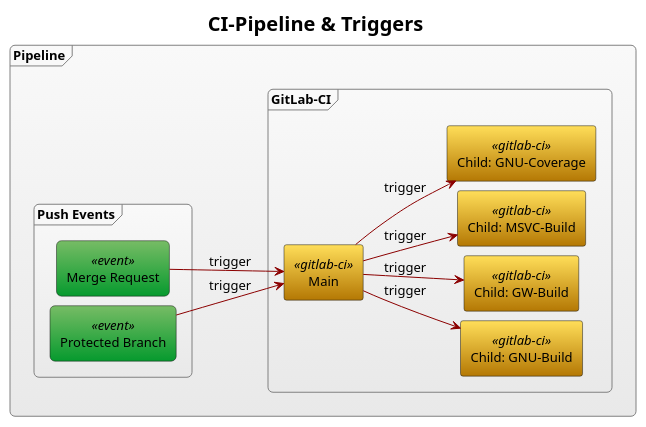
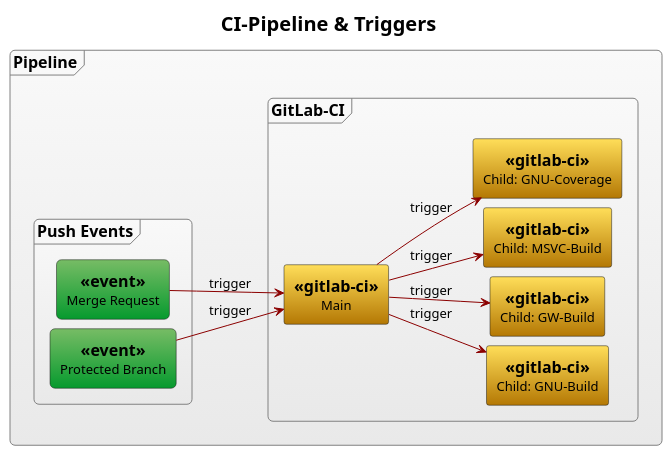
The diagram in doc/ci-pipeline.puml (Scanframe/sf-gitlab-devops), drawn with PlantUML before and after one commit. The commit also changed 24 other files, not shown here.

```diff
--- a/doc/ci-pipeline.puml
+++ b/doc/ci-pipeline.puml
@@ -1,70 +1,74 @@
 @startuml
 <style>
-	FontName Arial
-	FontSize 13
 	root
 	{
-		Padding 0
+		FontName Arial
+		FontSize 13
 		Margin 0
 		HorizontalAlignment Left
+	}
+	title{
+		FontStyle Bold
+		FontSize 16
+		FontColor #black
 	}
 	frame {
 		' define a new style, using CSS class syntax
 			FontColor Black
 			LineColor Gray
 			' Transparency is also possible
 			'BackgroundColor #52A0DC55
 			BackgroundColor #F9F9F9-#E9E9E9
 			'[From top left to bottom right <&fullscreen-enter>]
 			RoundCorner 10
 		}
 	}
 	rectangle
 	{
 		.event
 		{
 			'Green gradient
 			BackgroundColor #77BC65-#069A2E
 			RoundCorner 10
 		}
 		.gitlab-ci
 		{
 			BackgroundColor #FFDE59-#B47804
 		}
 	}
 	arrow
 	{
 		LineColor darkred
 	}
 }
 </style>
 
 skinparam TitleFontStyle Bold
 skinparam TitleFontSize 20
 skinparam RankSep 40
 skinparam NodeSep 10
 
 title "CI-Pipeline & Triggers"
 
 frame "Pipeline" as pipeline {
 	left to right direction
 	frame "Push Events" as events {
 		rectangle "Merge Request" <<event>> as merge_event
 		rectangle "Protected Branch" <<event>> as protected_event
 	}
 	frame "GitLab-CI" as gitlab_ci {
 		rectangle "Child: GNU-Build" <<gitlab-ci>> as gnu_cmake
 		rectangle "Child: GW-Build" <<gitlab-ci>> as gw_cmake
 		rectangle "Child: MSVC-Build" <<gitlab-ci>> as msvc_cmake
 		rectangle "Child: GNU-Coverage" <<gitlab-ci>> as gnu_coverage
 		rectangle "Main" <<gitlab-ci>> as main
 	}
 	'Connectors
 	protected_event -> main : trigger
 	merge_event --> main : trigger
 	main --> gnu_cmake : trigger
 	main --> gw_cmake : trigger
 	main --> msvc_cmake : trigger
 	main --> gnu_coverage : trigger
 }
 @enduml
```
